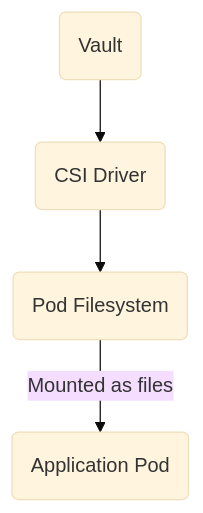
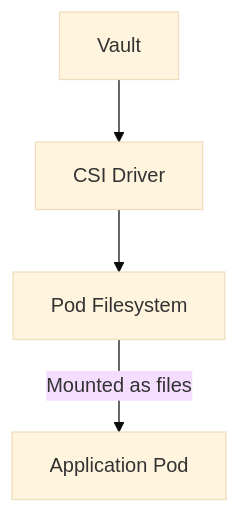
One commit to kube-dojo/kube-dojo changed the second of 5 diagrams in src/content/docs/cloud/managed-services/module-9.8-secrets-deep.md. Above: the diagram before and after it, drawn with Mermaid (base theme). The commit also changed other lines of this file, not shown here.

````diff
--- a/src/content/docs/cloud/managed-services/module-9.8-secrets-deep.md
+++ b/src/content/docs/cloud/managed-services/module-9.8-secrets-deep.md
@@ -229,6 +229,6 @@
 ```mermaid
 graph TD
-    Vault_CSI(Vault) --> CSI_Driver(CSI Driver)
-    CSI_Driver --> Pod_Filesystem(Pod Filesystem)
-    Pod_Filesystem -- Mounted as files --> Pod_CSI(Application Pod)
+    Vault_CSI[Vault] --> CSI_Driver[CSI Driver]
+    CSI_Driver --> Pod_Filesystem[Pod Filesystem]
+    Pod_Filesystem -- Mounted as files --> Pod_CSI[Application Pod]
 ```
````
